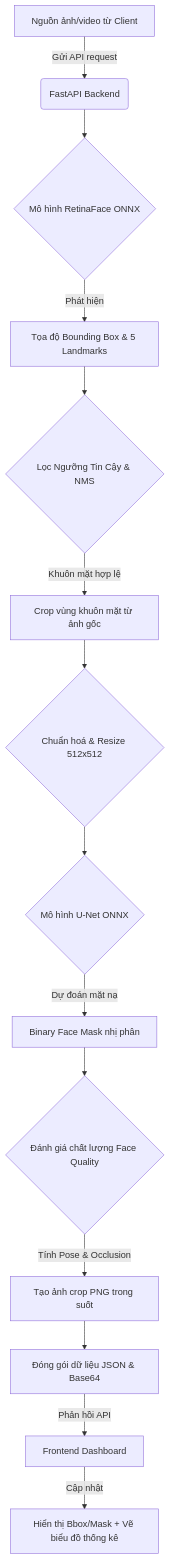
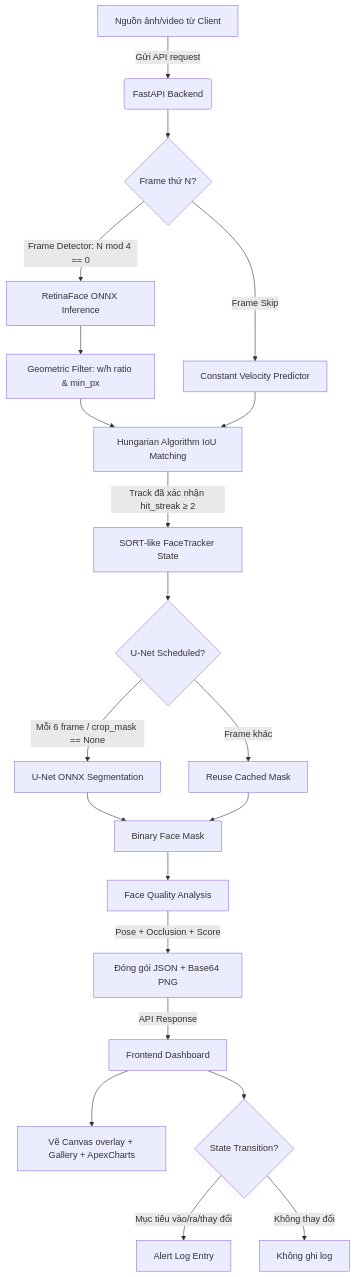
The diagram in README.md (nibox785/Face-Detection-1), drawn with Mermaid before and after one commit. The commit also changed other lines of this file and 24 other files, not shown here.

First line of the commit message:
feat: nâng cấp bộ theo dõi SORT-like tracker, lọc false positive và tối ưu cảnh báo

````diff
--- a/README.md
+++ b/README.md
@@ -63,16 +89,23 @@
 ```mermaid
 graph TD
     A[Nguồn ảnh/video từ Client] -->|Gửi API request| B(FastAPI Backend)
-    B --> C{Mô hình RetinaFace ONNX}
-    C -->|Phát hiện| D[Tọa độ Bounding Box & 5 Landmarks]
-    D --> E{Lọc Ngưỡng Tin Cậy & NMS}
-    E -->|Khuôn mặt hợp lệ| F[Crop vùng khuôn mặt từ ảnh gốc]
-    F --> G{Chuẩn hoá & Resize 512x512}
-    G --> H{Mô hình U-Net ONNX}
-    H -->|Dự đoán mặt nạ| I[Binary Face Mask nhị phân]
-    I --> J{Đánh giá chất lượng Face Quality}
-    J -->|Tính Pose & Occlusion| K[Tạo ảnh crop PNG trong suốt]
-    K --> L[Đóng gói dữ liệu JSON & Base64]
-    L -->|Phản hồi API| M[Frontend Dashboard]
-    M -->|Cập nhật| N[Hiển thị Bbox/Mask + Vẽ biểu đồ thống kê]
+    B --> C{Frame thứ N?}
+    C -->|Frame Detector: N mod 4 == 0| D[RetinaFace ONNX Inference]
+    C -->|Frame Skip| E[Constant Velocity Predictor]
+    D --> F[Geometric Filter: w/h ratio & min_px]
+    F --> G[Hungarian Algorithm IoU Matching]
+    E --> G
+    G -->|Track đã xác nhận hit_streak ≥ 2| H[SORT-like FaceTracker State]
+    H --> I{U-Net Scheduled?}
+    I -->|Mỗi 6 frame / crop_mask == None| J[U-Net ONNX Segmentation]
+    I -->|Frame khác| K[Reuse Cached Mask]
+    J --> L[Binary Face Mask]
+    K --> L
+    L --> M[Face Quality Analysis]
+    M -->|Pose + Occlusion + Score| N[Đóng gói JSON + Base64 PNG]
+    N -->|API Response| O[Frontend Dashboard]
+    O --> P[Vẽ Canvas overlay + Gallery + ApexCharts]
+    O --> Q{State Transition?}
+    Q -->|Mục tiêu vào/ra/thay đổi| R[Alert Log Entry]
+    Q -->|Không thay đổi| S[Không ghi log]
 ```
````
